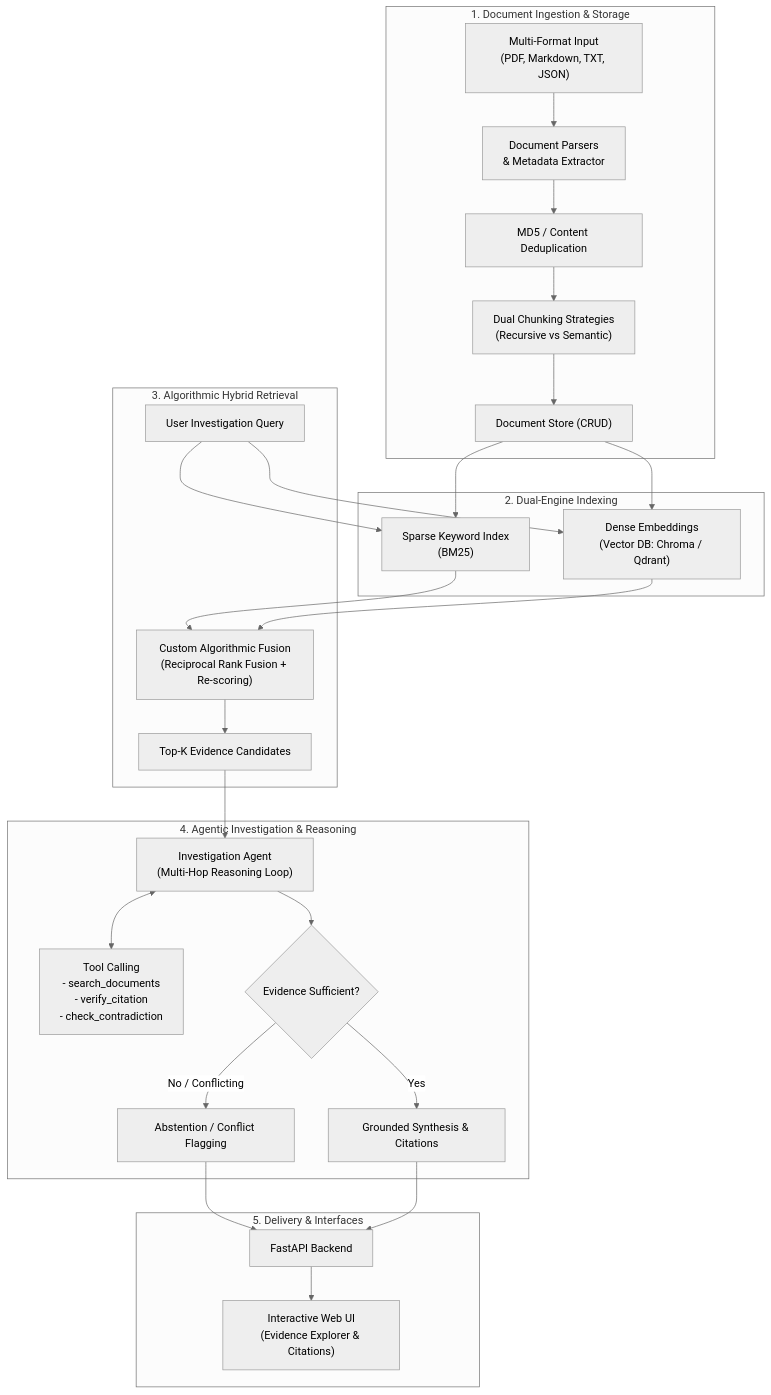
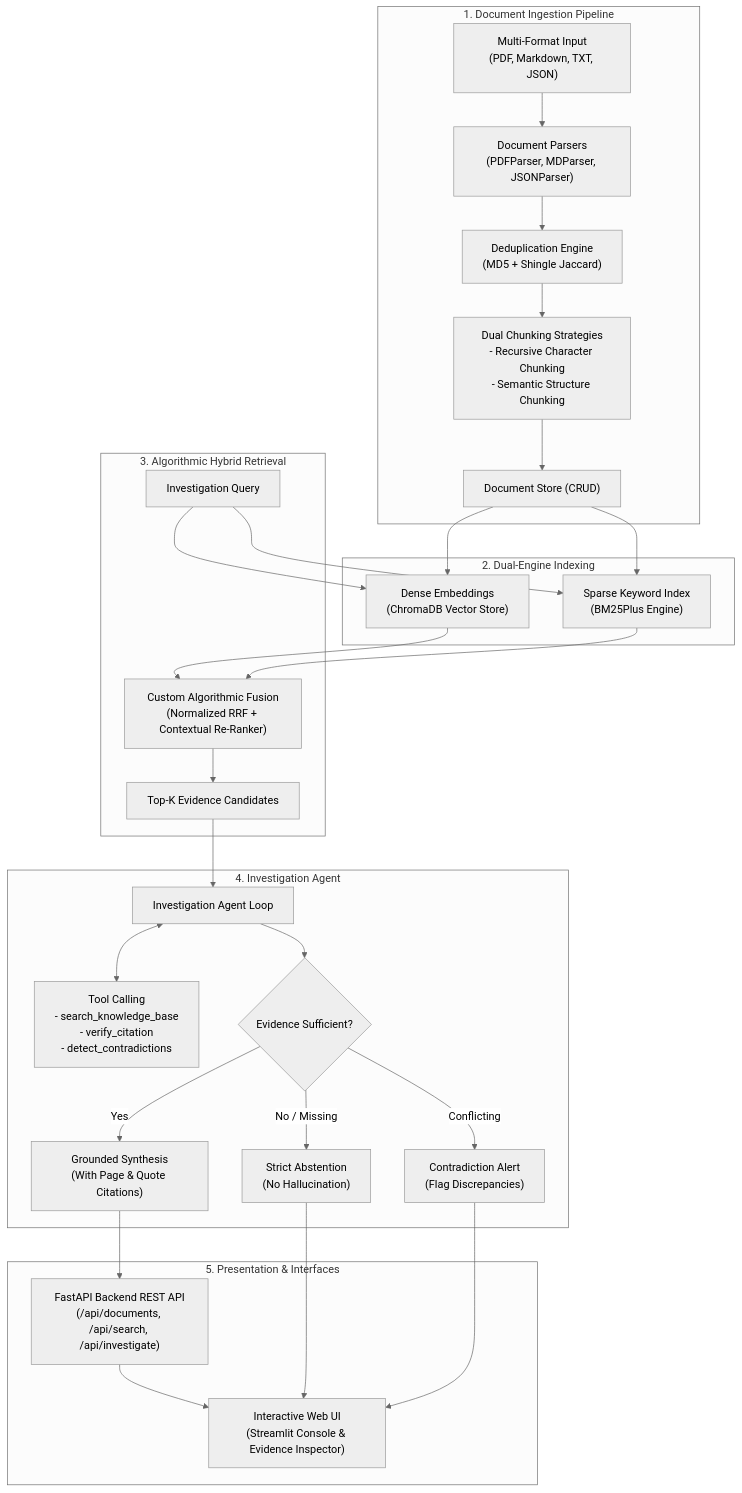
The diagram in README.md (davitglonti/investigation-engine), drawn with Mermaid (neutral theme) before and after one commit. The commit also changed other lines of this file and 12 other files, not shown here.

Commit message:
feat(api, eval, docs): implement FastAPI endpoints, 40-case benchmark suite, evaluation & AI usage reports, and deployment config

````diff
--- a/README.md
+++ b/README.md
@@ -25,36 +29,38 @@
 ```mermaid
 flowchart TD
-    subgraph Ingestion ["1. Document Ingestion & Storage"]
-        RawDocs["Multi-Format Input\n(PDF, Markdown, TXT, JSON)"] --> Parser["Document Parsers\n& Metadata Extractor"]
-        Parser --> Deduplicator["MD5 / Content Deduplication"]
-        Deduplicator --> Chunking["Dual Chunking Strategies\n(Recursive vs Semantic)"]
-        Chunking --> DocStore["Document Store (CRUD)"]
+    subgraph Ingestion ["1. Document Ingestion Pipeline"]
+        Files["Multi-Format Input\n(PDF, Markdown, TXT, JSON)"] --> Parser["Document Parsers\n(PDFParser, MDParser, JSONParser)"]
+        Parser --> Dedup["Deduplication Engine\n(MD5 + Shingle Jaccard)"]
+        Dedup --> Chunker["Dual Chunking Strategies\n- Recursive Character Chunking\n- Semantic Structure Chunking"]
+        Chunker --> DocStore["Document Store (CRUD)"]
     end
 
     subgraph Indexing ["2. Dual-Engine Indexing"]
-        DocStore --> DenseVector["Dense Embeddings\n(Vector DB: Chroma / Qdrant)"]
-        DocStore --> SparseBM25["Sparse Keyword Index\n(BM25)"]
+        DocStore --> Dense["Dense Embeddings\n(ChromaDB Vector Store)"]
+        DocStore --> Sparse["Sparse Keyword Index\n(BM25Plus Engine)"]
     end
 
-    subgraph HybridEngine ["3. Algorithmic Hybrid Retrieval"]
-        Query["User Investigation Query"] --> SparseBM25
-        Query --> DenseVector
-        SparseBM25 --> CustomRRF["Custom Algorithmic Fusion\n(Reciprocal Rank Fusion + Re-scoring)"]
-        DenseVector --> CustomRRF
-        CustomRRF --> RankedContext["Top-K Evidence Candidates"]
+    subgraph Retrieval ["3. Algorithmic Hybrid Retrieval"]
+        Query["Investigation Query"] --> Dense
+        Query --> Sparse
+        Dense --> CustomRRF["Custom Algorithmic Fusion\n(Normalized RRF + Contextual Re-Ranker)"]
+        Sparse --> CustomRRF
+        CustomRRF --> TopEvidence["Top-K Evidence Candidates"]
     end
 
-    subgraph AgenticLoop ["4. Agentic Investigation & Reasoning"]
-        RankedContext --> Agent["Investigation Agent\n(Multi-Hop Reasoning Loop)"]
-        Agent <--> Tools["Tool Calling\n- search_documents\n- verify_citation\n- check_contradiction"]
+    subgraph AgenticCore ["4. Investigation Agent"]
+        TopEvidence --> Agent["Investigation Agent Loop"]
+        Agent <--> Tools["Tool Calling\n- search_knowledge_base\n- verify_citation\n- detect_contradictions"]
         Agent --> Decision{"Evidence Sufficient?"}
-        Decision -- No / Conflicting --> ConflictAbstain["Abstention / Conflict Flagging"]
-        Decision -- Yes --> GroundedSynthesis["Grounded Synthesis & Citations"]
+        Decision -- No / Missing --> Abstain["Strict Abstention\n(No Hallucination)"]
+        Decision -- Conflicting --> Conflict["Contradiction Alert\n(Flag Discrepancies)"]
+        Decision -- Yes --> Synthesis["Grounded Synthesis\n(With Page & Quote Citations)"]
     end
 
-    subgraph Presentation ["5. Delivery & Interfaces"]
-        ConflictAbstain --> FastAPI["FastAPI Backend"]
-        GroundedSynthesis --> FastAPI
-        FastAPI --> StreamlitUI["Interactive Web UI\n(Evidence Explorer & Citations)"]
+    subgraph Delivery ["5. Presentation & Interfaces"]
+        Synthesis --> FastAPI["FastAPI Backend REST API\n(/api/documents, /api/search, /api/investigate)"]
+        FastAPI --> WebUI["Interactive Web UI\n(Streamlit Console & Evidence Inspector)"]
+        Abstain --> WebUI
+        Conflict --> WebUI
     end
 ```
````
